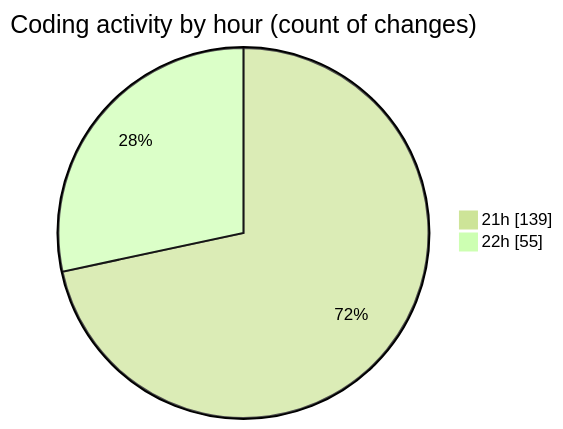
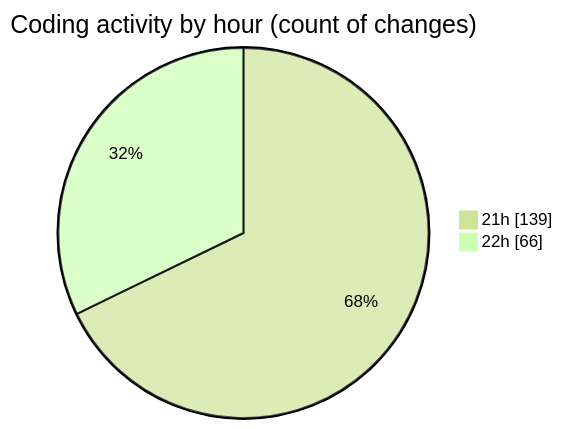
One commit to Ritupan-Deka/code-tracking changed the second of 2 diagrams in 2025-08-03/javascript/README.md. Above: the diagram before and after it, drawn with Mermaid (forest theme). The commit also changed other lines of this file and 1 other file, not shown here.

````diff
--- a/2025-08-03/javascript/README.md
+++ b/2025-08-03/javascript/README.md
@@ -31,6 +31,6 @@
 ```mermaid
 pie showData
 title Coding activity by hour (count of changes)
 "21h" : 139
-"22h" : 55
+"22h" : 66
 ```
````
